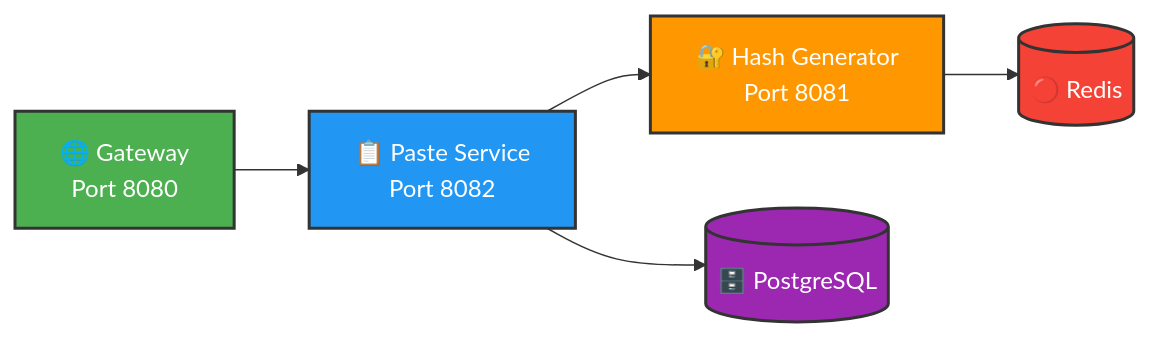
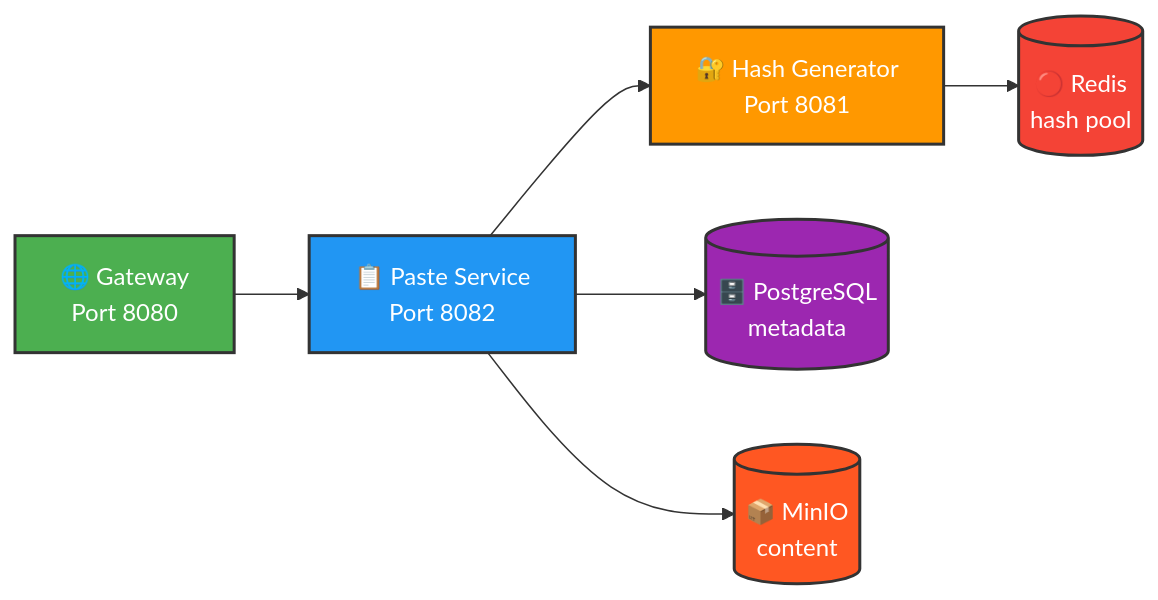
One commit to EternalEffy/wishly-platform changed the diagram in README.md. Above: the diagram before and after it, drawn with Mermaid. The commit also changed other lines of this file, not shown here.

Commit message:
docs: update README for v2.0 (MinIO, architecture, user flow)

````diff
--- a/README.md
+++ b/README.md
@@ -15,13 +16,15 @@
 ```mermaid
 graph LR
     G[🌐 Gateway<br/>Port 8080] --> PS[📋 Paste Service<br/>Port 8082]
     PS --> HG[🔐 Hash Generator<br/>Port 8081]
-    PS --> DB[(🗄️ PostgreSQL)]
-    HG --> RD[(🔴 Redis)]
+    PS --> DB[(🗄️ PostgreSQL<br/>metadata)]
+    PS --> MO[(📦 MinIO<br/>content)]
+    HG --> RD[(🔴 Redis<br/>hash pool)]
     
     style G fill:#4CAF50,stroke:#333,stroke-width:2px,color:white
     style PS fill:#2196F3,stroke:#333,stroke-width:2px,color:white
     style HG fill:#FF9800,stroke:#333,stroke-width:2px,color:white
     style DB fill:#9C27B0,stroke:#333,stroke-width:2px,color:white
+    style MO fill:#FF5722,stroke:#333,stroke-width:2px,color:white
     style RD fill:#F44336,stroke:#333,stroke-width:2px,color:white
 ```
````
